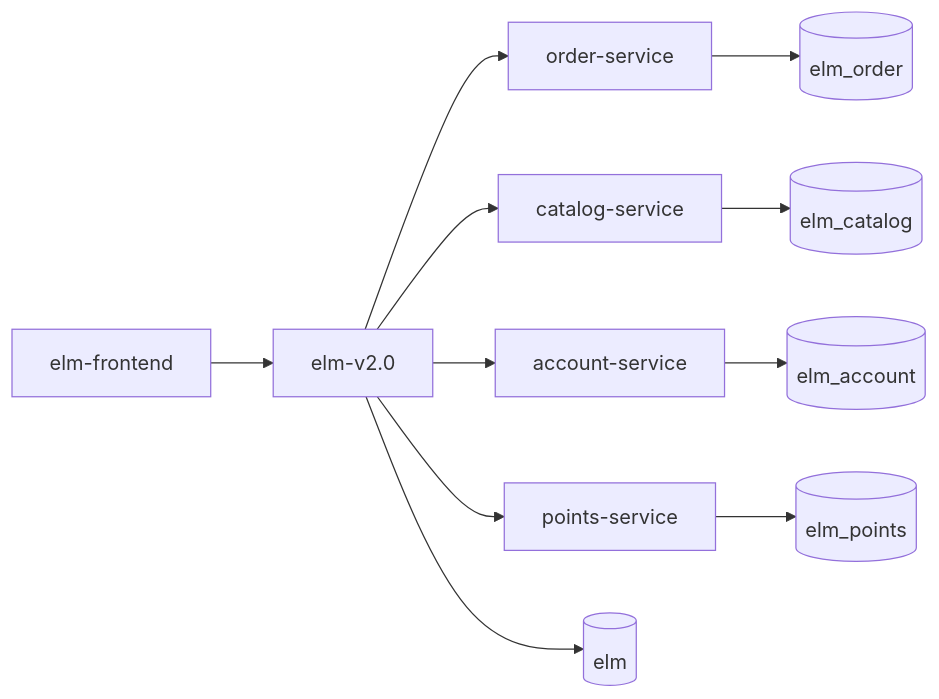
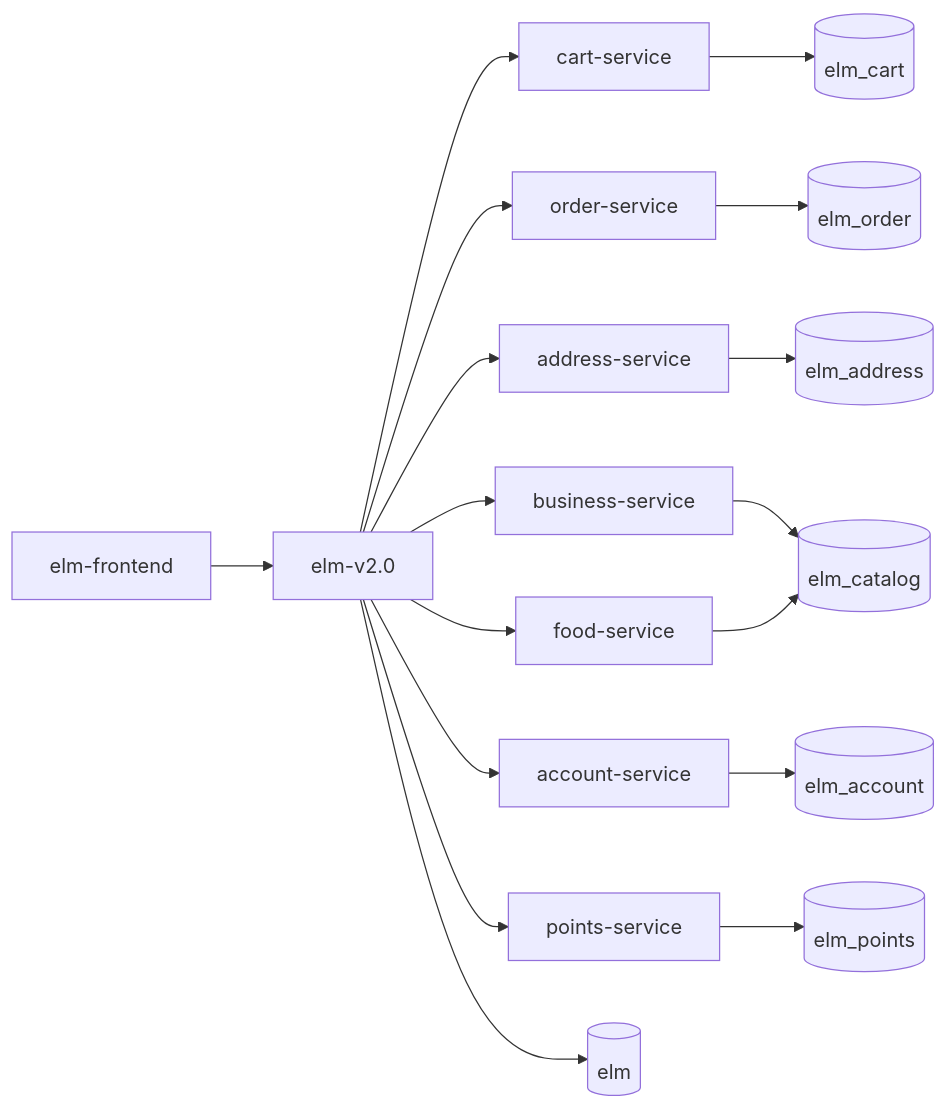
Before and after one commit to Florenz0707/TJU-SE-Practice-2: the diagram in README.md, drawn with Mermaid. The commit also changed other lines of this file and 259 other files, not shown here.

````diff
--- a/README.md
+++ b/README.md
@@ -36,14 +83,20 @@
 ```mermaid
 flowchart LR
   FE[elm-frontend] --> GW[elm-v2.0]
+  GW --> CRT[cart-service]
   GW --> ORD[order-service]
-  GW --> CAT[catalog-service]
+  GW --> ADR[address-service]
+  GW --> BUS[business-service]
+  GW --> FOD[food-service]
   GW --> ACC[account-service]
   GW --> PTS[points-service]
 
   GW --> DB0[(elm)]
+  CRT --> DB6[(elm_cart)]
   ORD --> DB1[(elm_order)]
-  CAT --> DB2[(elm_catalog)]
+  ADR --> DB5[(elm_address)]
+  BUS --> DB2[(elm_catalog)]
+  FOD --> DB2[(elm_catalog)]
   ACC --> DB3[(elm_account)]
   PTS --> DB4[(elm_points)]
 ```
````
